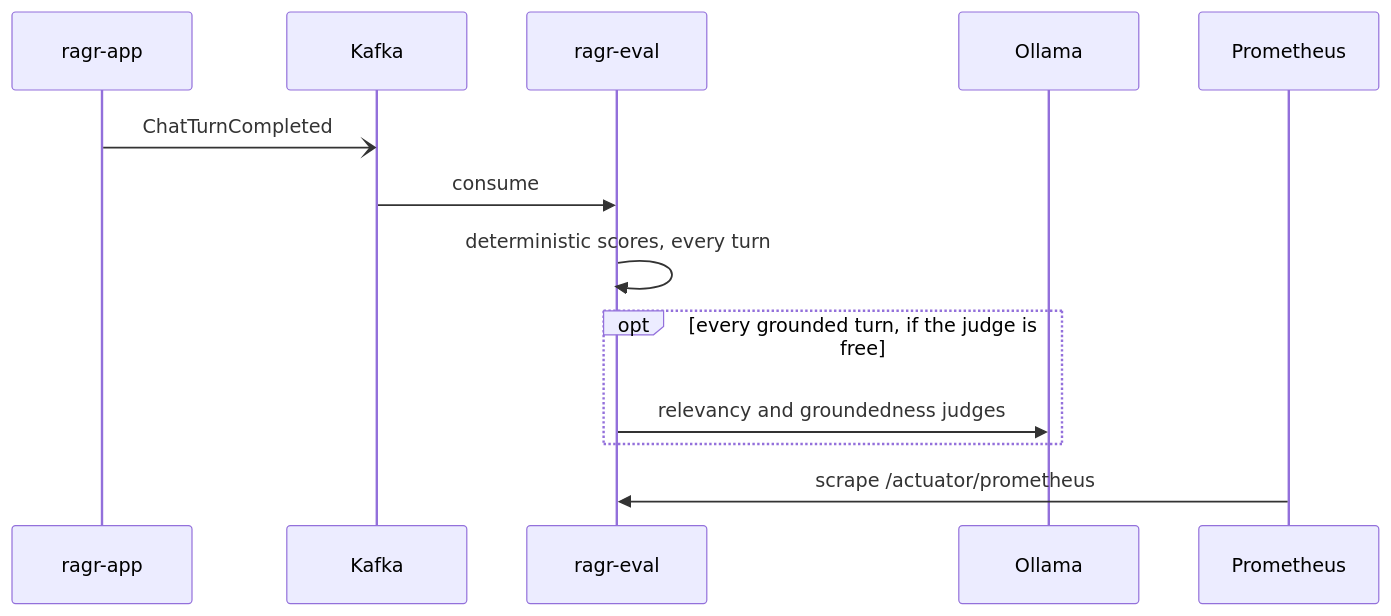
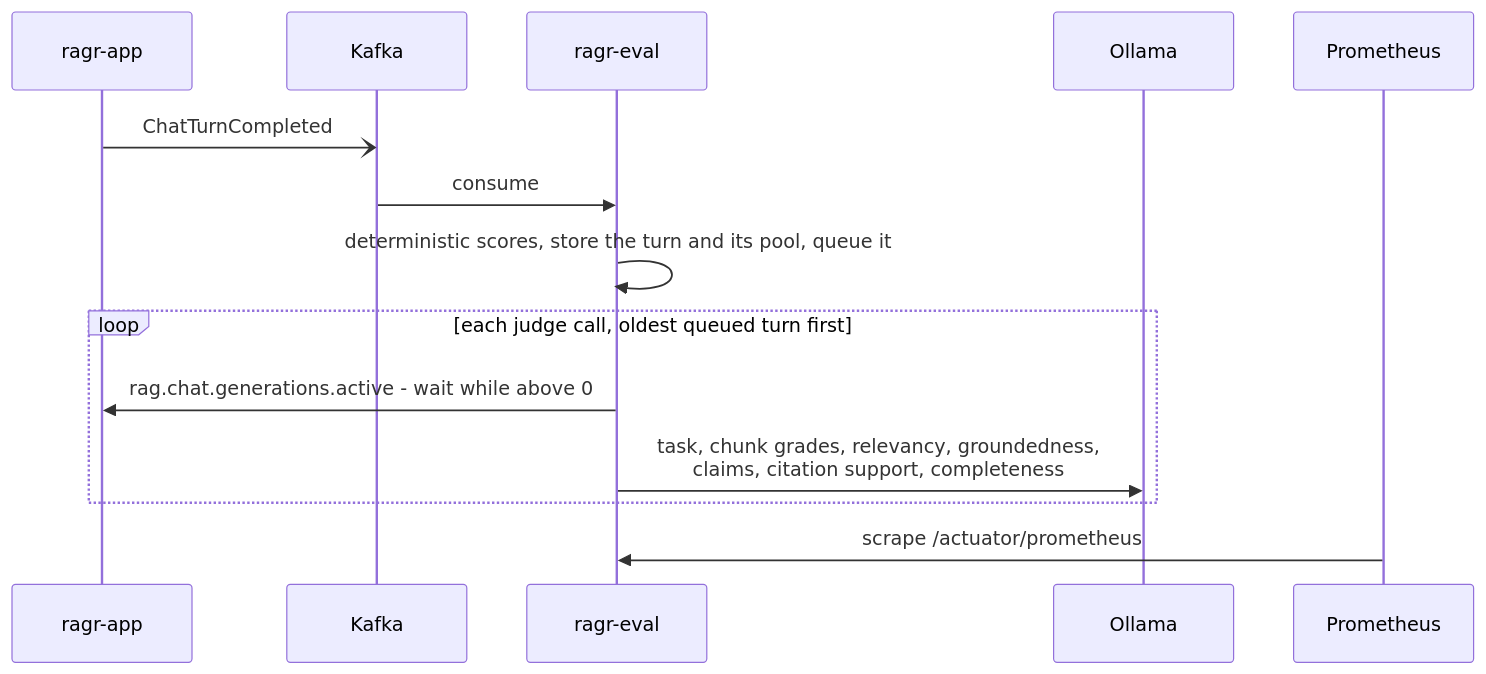
Before and after one commit to subhanmishra/spring-ai: the third of 3 diagrams in README.md, drawn with Mermaid. The commit also changed other lines of this file and 78 other files, not shown here.

````diff
--- a/README.md
+++ b/README.md
@@ -118,16 +124,17 @@
 ```mermaid
 sequenceDiagram
     participant C as ragr-app
     participant K as Kafka
     participant E as ragr-eval
     participant O as Ollama
     participant M as Prometheus
 
     C-)K: ChatTurnCompleted
     K->>E: consume
-    E->>E: deterministic scores, every turn
-    opt every grounded turn, if the judge is free
-        E->>O: relevancy and groundedness judges
+    E->>E: deterministic scores, store the turn and its pool, queue it
+    loop each judge call, oldest queued turn first
+        E->>C: rag.chat.generations.active - wait while above 0
+        E->>O: task, chunk grades, relevancy, groundedness,<br/>claims, citation support, completeness
     end
     M->>E: scrape /actuator/prometheus
 ```
````
